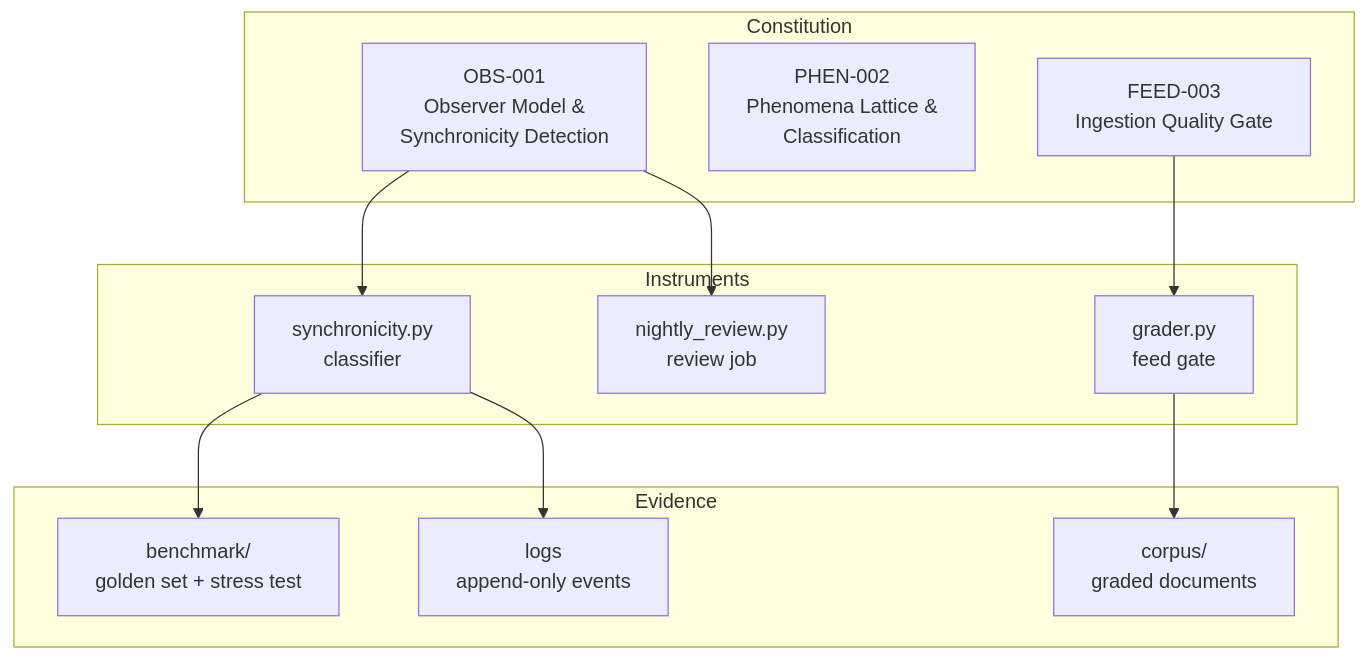
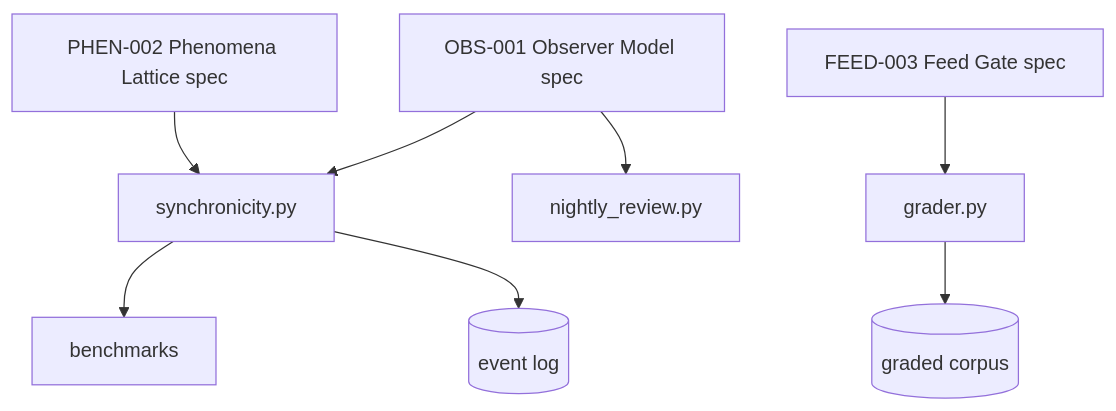
The second of 2 diagrams in README.md (uuonnouu/clouud-public), drawn with Mermaid before and after one commit. The commit also changed other lines of this file, not shown here.

````diff
--- a/README.md
+++ b/README.md
@@ -50,24 +31,10 @@
 ```mermaid
 flowchart TD
-    subgraph Constitution
-        S1[OBS-001\nObserver Model &\nSynchronicity Detection]
-        S2[PHEN-002\nPhenomena Lattice &\nClassification]
-        S3[FEED-003\nIngestion Quality Gate]
-    end
-    subgraph Instruments
-        C[synchronicity.py\nclassifier]
-        G[grader.py\nfeed gate]
-        N[nightly_review.py\nreview job]
-    end
-    subgraph Evidence
-        B1[benchmark/\ngolden set + stress test]
-        L[logs\nappend-only events]
-        K[corpus/\ngraded documents]
-    end
-    S1 --> C
-    S3 --> G
-    S1 --> N
-    C --> B1
-    C --> L
-    G --> K
+    S1[OBS-001 Observer Model spec] --> C[synchronicity.py]
+    S2[PHEN-002 Phenomena Lattice spec] --> C
+    S3[FEED-003 Feed Gate spec] --> G[grader.py]
+    S1 --> N[nightly_review.py]
+    C --> B1[benchmarks]
+    C --> L[(event log)]
+    G --> K[(graded corpus)]
 ```
````
